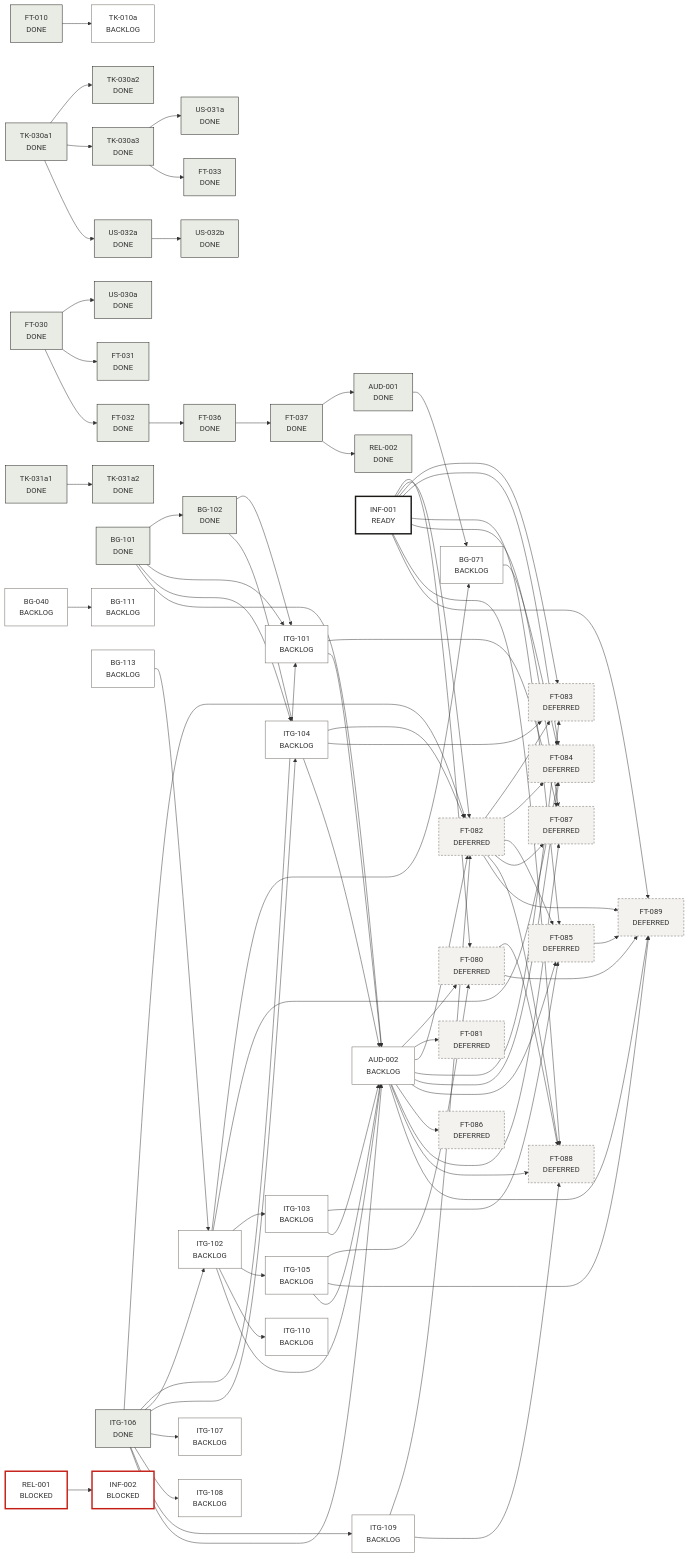
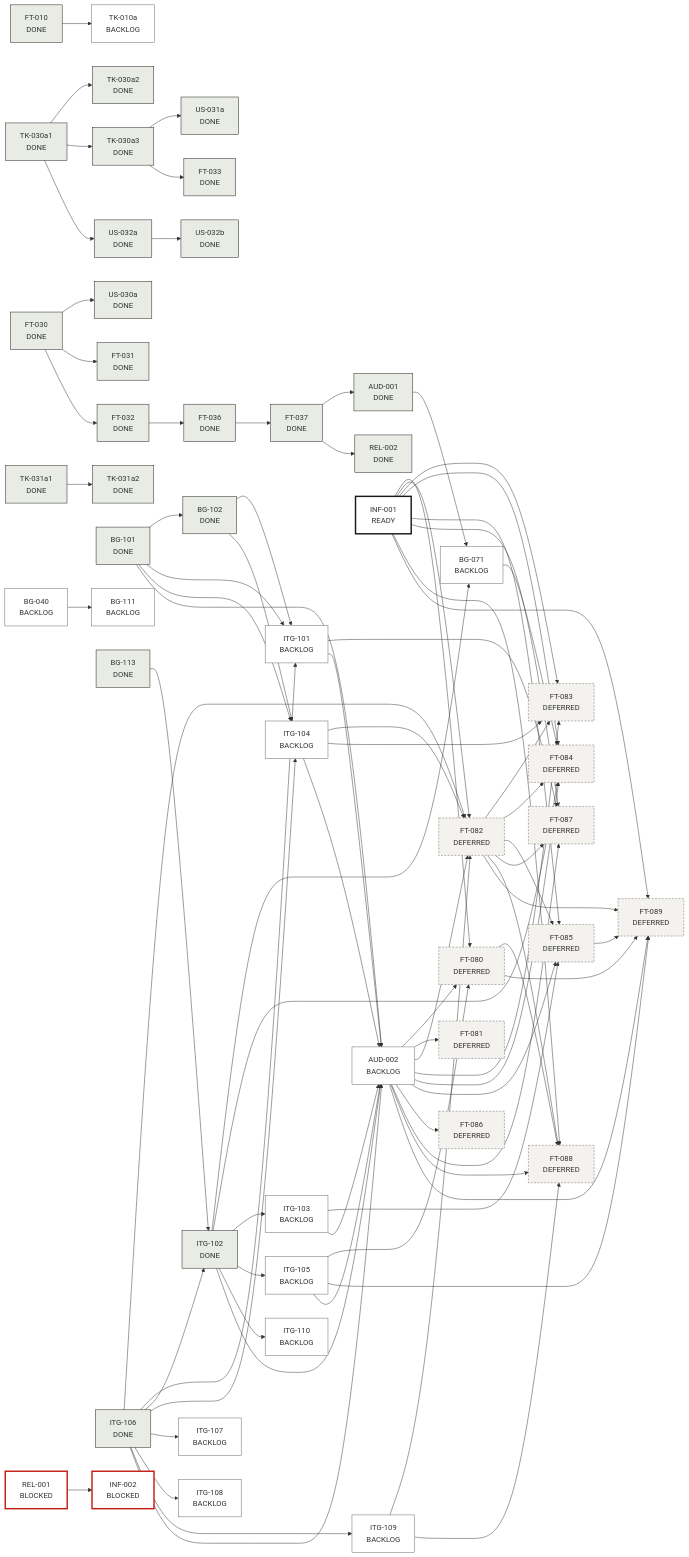
The diagram in docs/backlog/DEPENDENCY-GRAPH.md (mzinhoww-svg/memo-brasil), drawn with Mermaid before and after one commit. The commit also changed 15 other files, not shown here.

```diff
--- a/docs/backlog/DEPENDENCY-GRAPH.md
+++ b/docs/backlog/DEPENDENCY-GRAPH.md
@@ -38,9 +38,9 @@
   BG_101["BG-101<br/>DONE"]:::done
   BG_102["BG-102<br/>DONE"]:::done
   BG_111["BG-111<br/>BACKLOG"]:::back
-  BG_113["BG-113<br/>BACKLOG"]:::back
+  BG_113["BG-113<br/>DONE"]:::done
   ITG_101["ITG-101<br/>BACKLOG"]:::back
-  ITG_102["ITG-102<br/>BACKLOG"]:::back
+  ITG_102["ITG-102<br/>DONE"]:::done
   ITG_103["ITG-103<br/>BACKLOG"]:::back
   ITG_104["ITG-104<br/>BACKLOG"]:::back
   ITG_105["ITG-105<br/>BACKLOG"]:::back
```
